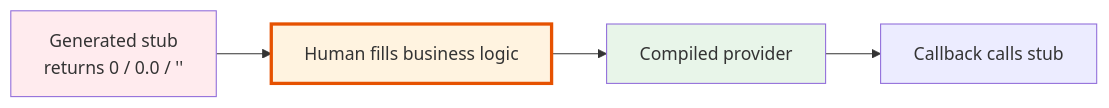
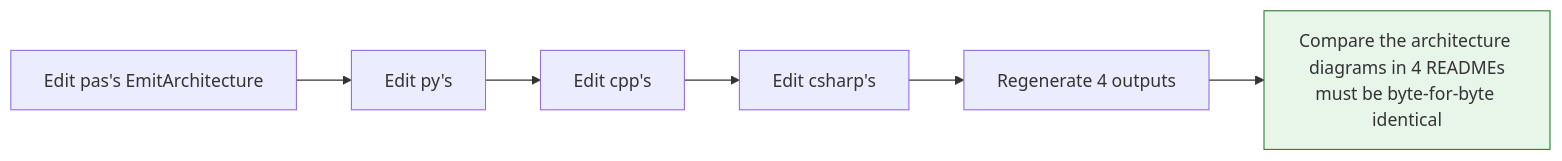
One commit to PassByYou888/LingoFuse-Tools changed the sixth of 7 diagrams in src/pascal_c_to_mcp/code_decl_to_mcp_knowledge_base.md. Above: the diagram before and after it, drawn with Mermaid. The commit also changed other lines of this file and 35 other files, not shown here.

````diff
--- a/src/pascal_c_to_mcp/code_decl_to_mcp_knowledge_base.md
+++ b/src/pascal_c_to_mcp/code_decl_to_mcp_knowledge_base.md
@@ -625,10 +994,10 @@
 ```mermaid
 flowchart LR
-    A["Generated stub<br/>returns 0 / 0.0 / ''"] --> B["Human fills business logic"]
-    B --> C["Compiled provider"]
-    C --> D["Callback calls stub"]
+    A["Edit pas's EmitArchitecture"] --> B["Edit py's"]
+    B --> C["Edit cpp's"]
+    C --> D["Edit csharp's"]
+    D --> E["Regenerate 4 outputs"]
+    E --> F["Compare the architecture diagrams in 4 READMEs<br/>must be byte-for-byte identical"]
 
-    style A fill:#ffebee
-    style B fill:#fff3e0,stroke:#e65100,stroke-width:3px
-    style C fill:#e8f5e9
+    style F fill:#e8f5e9,stroke:#2e7d32
 ```
````
